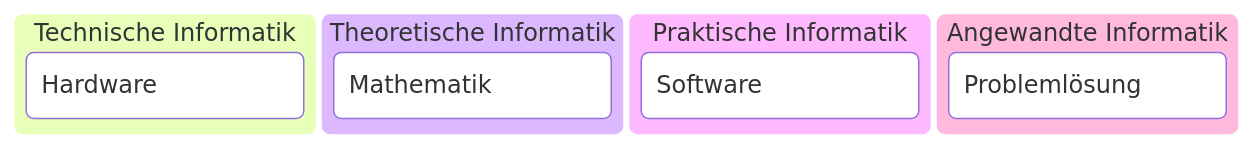
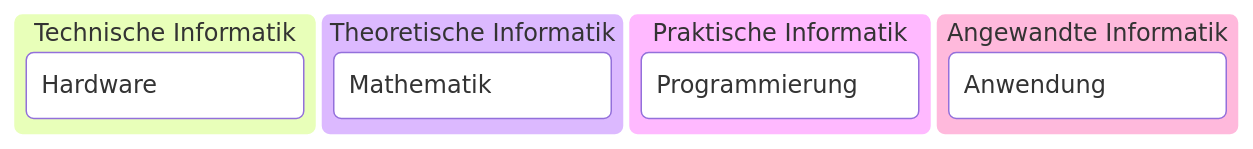
Before and after one commit to stefanmaeder/assembler: the diagram in slides/01_einordnung.md, drawn with Mermaid.

````diff
--- a/slides/01_einordnung.md
+++ b/slides/01_einordnung.md
@@ -1,11 +1,11 @@
 ```mermaid
 kanban
   id1[Technische Informatik]
     id11[Hardware]
   id2[Theoretische Informatik]
     id21[Mathematik]
   id3[Praktische Informatik]
-    id31[Software]
+    id31[Programmierung]
   id4[Angewandte Informatik]
-    id41[Problemlösung]
+    id41[Anwendung]
 ```
````
